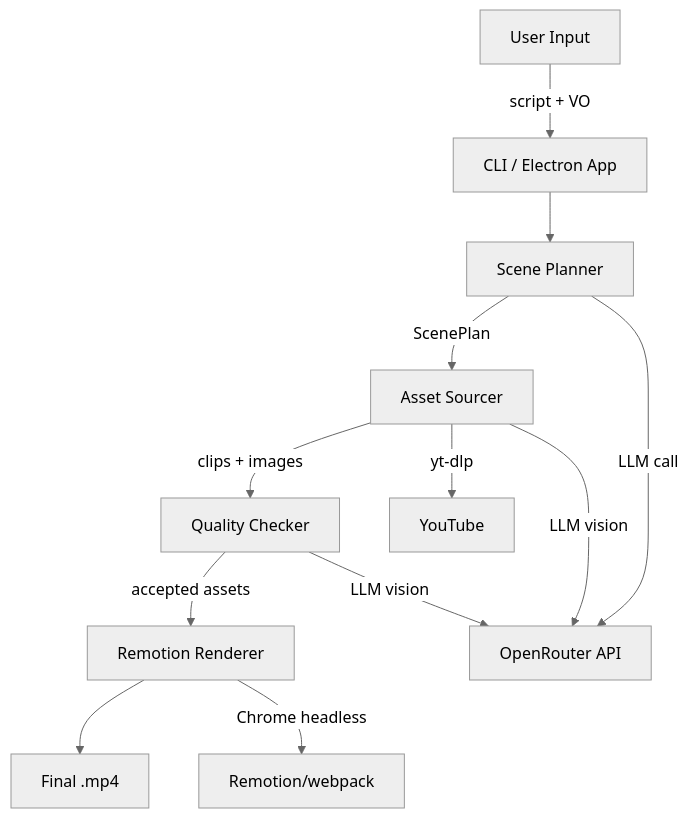
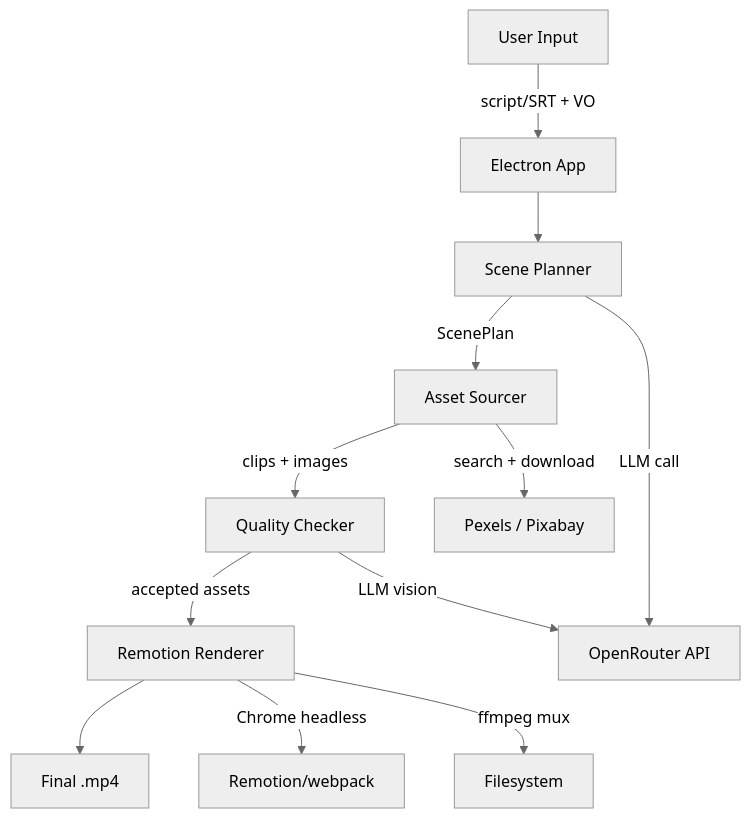
One commit to A-Raphie/Raphie-Editor changed the diagram in docs/README.md. Above: the diagram before and after it, drawn with Mermaid (neutral theme). The commit also changed other lines of this file and 28 other files, not shown here.

First line of the commit message:
Session 16: parallel segments, Bresenham distribution, project persistence, SRT chunk settings, LLM retry increase

````diff
--- a/docs/README.md
+++ b/docs/README.md
@@ -13,15 +13,15 @@
 ```mermaid
 graph TD
-    User[User Input] --> |script + VO| CLI[CLI / Electron App]
-    CLI --> SP[Scene Planner]
+    User[User Input] --> |script/SRT + VO| APP[Electron App]
+    APP --> SP[Scene Planner]
     SP --> |ScenePlan| AS[Asset Sourcer]
     AS --> |clips + images| QC[Quality Checker]
     QC --> |accepted assets| REN[Remotion Renderer]
     REN --> MP4[Final .mp4]
     
     SP --> |LLM call| LLM[OpenRouter API]
-    AS --> |yt-dlp| YT[YouTube]
-    AS --> |LLM vision| LLM
+    AS --> |search + download| API[Pexels / Pixabay]
     QC --> |LLM vision| LLM
     REN --> |Chrome headless| REM[Remotion/webpack]
+    REN --> |ffmpeg mux| FS[Filesystem]
 ```
````
